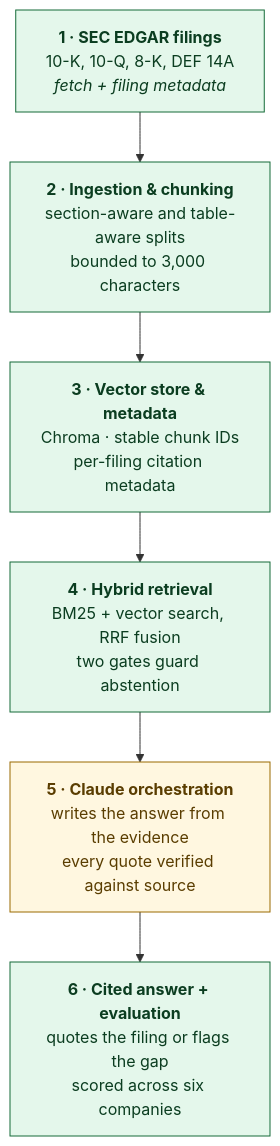
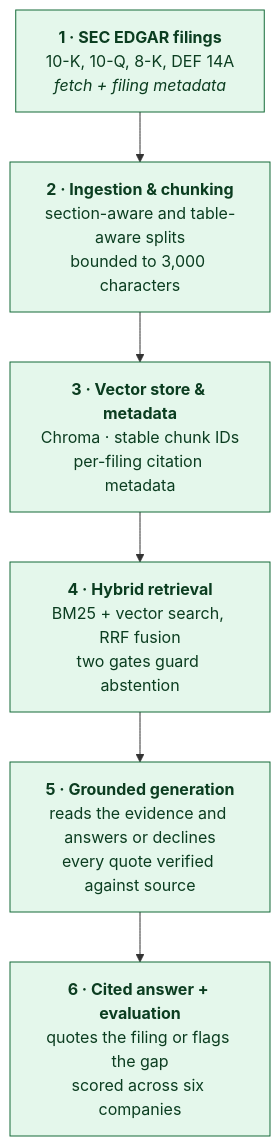
One commit to eliu1122/sec-simplifier changed the diagram in PROGRESS.md. Above: the diagram before and after it, drawn with Mermaid. The commit also changed other lines of this file and 1 other file, not shown here.

Commit message:
Mark generation as run in the roadmap and diagram

````diff
--- a/PROGRESS.md
+++ b/PROGRESS.md
@@ -30,18 +30,17 @@
 ```mermaid
 flowchart TD
     A["<b>1 · SEC EDGAR filings</b><br/>10-K, 10-Q, 8-K, DEF 14A<br/><i>fetch + filing metadata</i>"]
     B["<b>2 · Ingestion &amp; chunking</b><br/>section-aware and table-aware splits<br/>bounded to 3,000 characters"]
     C["<b>3 · Vector store &amp; metadata</b><br/>Chroma · stable chunk IDs<br/>per-filing citation metadata"]
     D["<b>4 · Hybrid retrieval</b><br/>BM25 + vector search, RRF fusion<br/>two gates guard abstention"]
-    E["<b>5 · Claude orchestration</b><br/>writes the answer from the evidence<br/>every quote verified against source"]
+    E["<b>5 · Grounded generation</b><br/>reads the evidence and answers or declines<br/>every quote verified against source"]
     F["<b>6 · Cited answer + evaluation</b><br/>quotes the filing or flags the gap<br/>scored across six companies"]
 
     A --> B --> C --> D --> E --> F
 
     classDef done fill:#e4f7eb,stroke:#146b38,color:#0b3d20;
     classDef partial fill:#fff7e0,stroke:#9a6b00,color:#5a3d00;
     classDef planned fill:#eef2ff,stroke:#3f51b5,color:#22307a;
 
-    class A,B,C,D,F done;
-    class E partial;
+    class A,B,C,D,E,F done;
 ```
````
